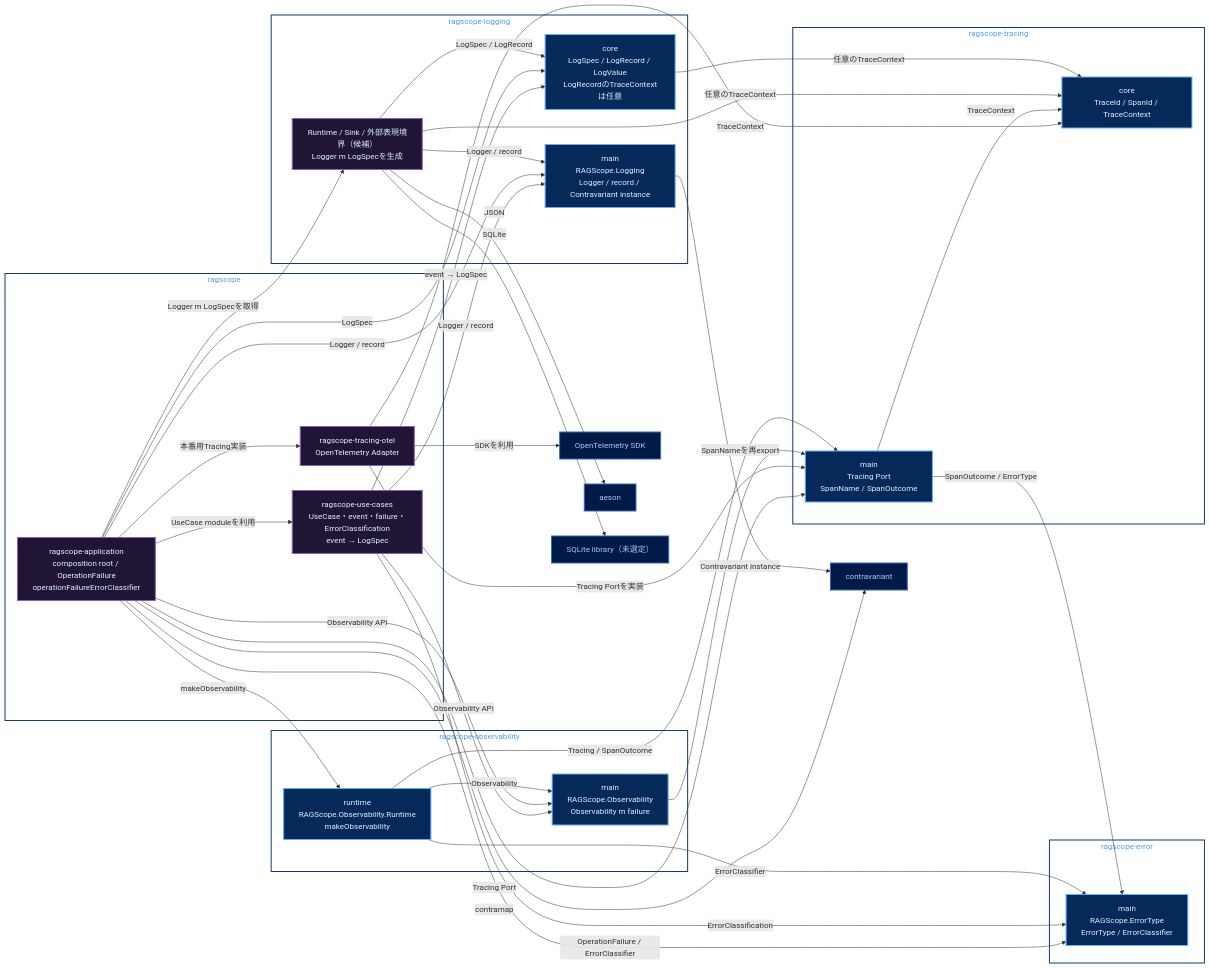
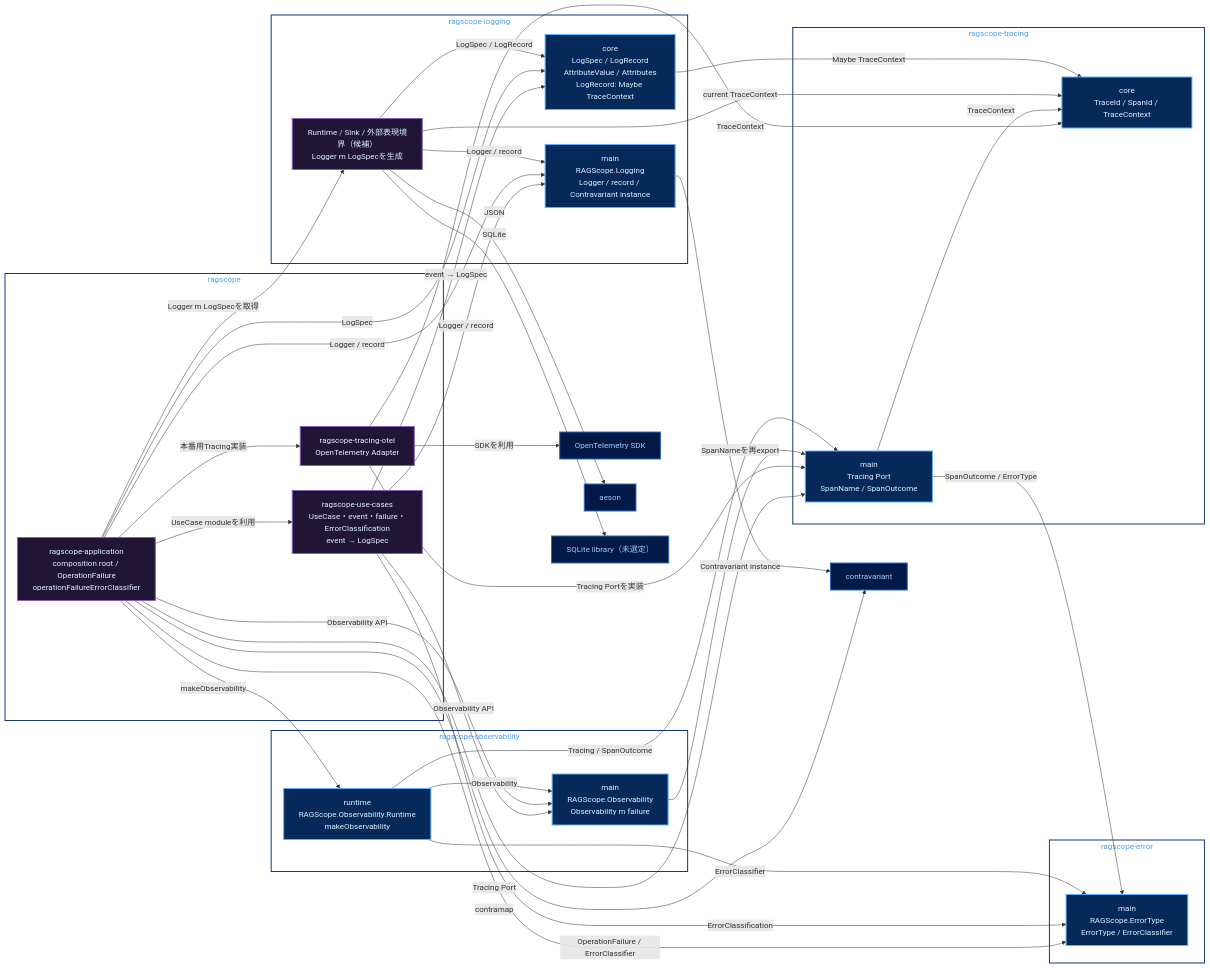
The diagram in Notes/RAGScope/RAGScopeアプリケーション/実行追跡・構造化ログ静的依存図.md (takashit16833/Workbench), drawn with Mermaid before and after one commit.

Commit message:
docs: align logging core dependency view

````diff
--- a/Notes/RAGScope/RAGScopeアプリケーション/実行追跡・構造化ログ静的依存図.md
+++ b/Notes/RAGScope/RAGScopeアプリケーション/実行追跡・構造化ログ静的依存図.md
@@ -23,71 +23,71 @@
 ```mermaid
 flowchart LR
     subgraph pkg_ragscope["ragscope"]
         usecases["ragscope-use-cases<br/>UseCase・event・failure・ErrorClassification<br/>event → LogSpec"]
         application["ragscope-application<br/>composition root / OperationFailure<br/>operationFailureErrorClassifier"]
         tracing_otel["ragscope-tracing-otel<br/>OpenTelemetry Adapter"]
     end
     subgraph pkg_error["ragscope-error"]
         error_main["main<br/>RAGScope.ErrorType<br/>ErrorType / ErrorClassifier"]
     end
     subgraph pkg_obs["ragscope-observability"]
         obs_main["main<br/>RAGScope.Observability<br/>Observability m failure"]
         obs_runtime["runtime<br/>RAGScope.Observability.Runtime<br/>makeObservability"]
     end
     subgraph pkg_tracing["ragscope-tracing"]
         trace_main["main<br/>Tracing Port<br/>SpanName / SpanOutcome"]
         trace_core["core<br/>TraceId / SpanId / TraceContext"]
     end
     subgraph pkg_logging["ragscope-logging"]
-        log_core["core<br/>LogSpec / LogRecord / LogValue<br/>LogRecordのTraceContextは任意"]
+        log_core["core<br/>LogSpec / LogRecord<br/>AttributeValue / Attributes<br/>LogRecord: Maybe TraceContext"]
         log_main["main<br/>RAGScope.Logging<br/>Logger / record / Contravariant instance"]
         log_internal["Runtime / Sink / 外部表現境界（候補）<br/>Logger m LogSpecを生成"]
     end
     contravariant["contravariant"]
     otel_sdk["OpenTelemetry SDK"]
     aeson["aeson"]
     sqlite_lib["SQLite library（未選定）"]
 
     application -->|UseCase moduleを利用| usecases
     application -->|OperationFailure / ErrorClassifier| error_main
     usecases -->|Observability API| obs_main
     usecases -->|ErrorClassification| error_main
     usecases -->|Logger / record| log_main
     usecases -->|event → LogSpec| log_core
     application -->|Observability API| obs_main
     application -->|makeObservability| obs_runtime
     application -->|Logger / record| log_main
     application -->|LogSpec| log_core
     application -->|Logger m LogSpecを取得| log_internal
     application -->|contramap| contravariant
     application -->|Tracing Port| trace_main
     application -->|本番用Tracing実装| tracing_otel
     tracing_otel -->|Tracing Portを実装| trace_main
     tracing_otel -->|TraceContext| trace_core
     tracing_otel -->|SDKを利用| otel_sdk
     obs_main -->|SpanNameを再export| trace_main
     obs_runtime -->|Observability| obs_main
     obs_runtime -->|Tracing / SpanOutcome| trace_main
     obs_runtime -->|ErrorClassifier| error_main
     trace_main -->|TraceContext| trace_core
     trace_main -->|SpanOutcome / ErrorType| error_main
     log_main -->|Contravariant instance| contravariant
     log_internal -->|Logger / record| log_main
     log_internal -->|LogSpec / LogRecord| log_core
-    log_internal -->|任意のTraceContext| trace_core
+    log_internal -->|current TraceContext| trace_core
     log_internal -->|JSON| aeson
     log_internal -->|SQLite| sqlite_lib
-    log_core -->|任意のTraceContext| trace_core
+    log_core -->|Maybe TraceContext| trace_core
 
     classDef public fill:#052A59,stroke:#5EAFFF,color:#DDF0FF,stroke-width:2px
     classDef private fill:#211536,stroke:#8A5EC0,color:#DDF0FF,stroke-width:2px
     classDef external fill:#001947,stroke:#316CBD,color:#A6CAFF,stroke-width:2px
     class error_main,obs_main,obs_runtime,trace_main,trace_core,log_core,log_main public
     class usecases,application,tracing_otel,log_internal private
     class contravariant,otel_sdk,aeson,sqlite_lib external
     style pkg_ragscope fill:transparent,stroke:#153A75,color:#4C9EEB,stroke-width:2px
     style pkg_error fill:transparent,stroke:#153A75,color:#4C9EEB,stroke-width:2px
     style pkg_obs fill:transparent,stroke:#153A75,color:#4C9EEB,stroke-width:2px
     style pkg_tracing fill:transparent,stroke:#153A75,color:#4C9EEB,stroke-width:2px
     style pkg_logging fill:transparent,stroke:#153A75,color:#4C9EEB,stroke-width:2px
 ```
````
